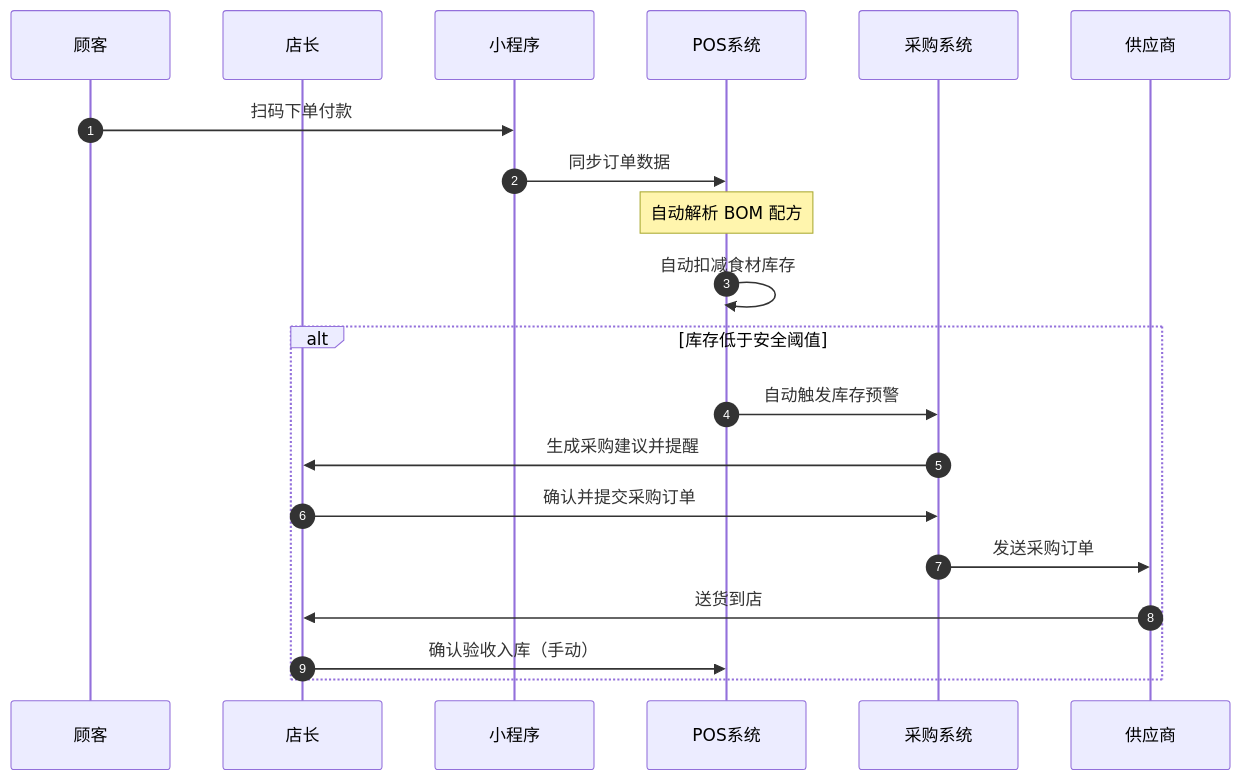
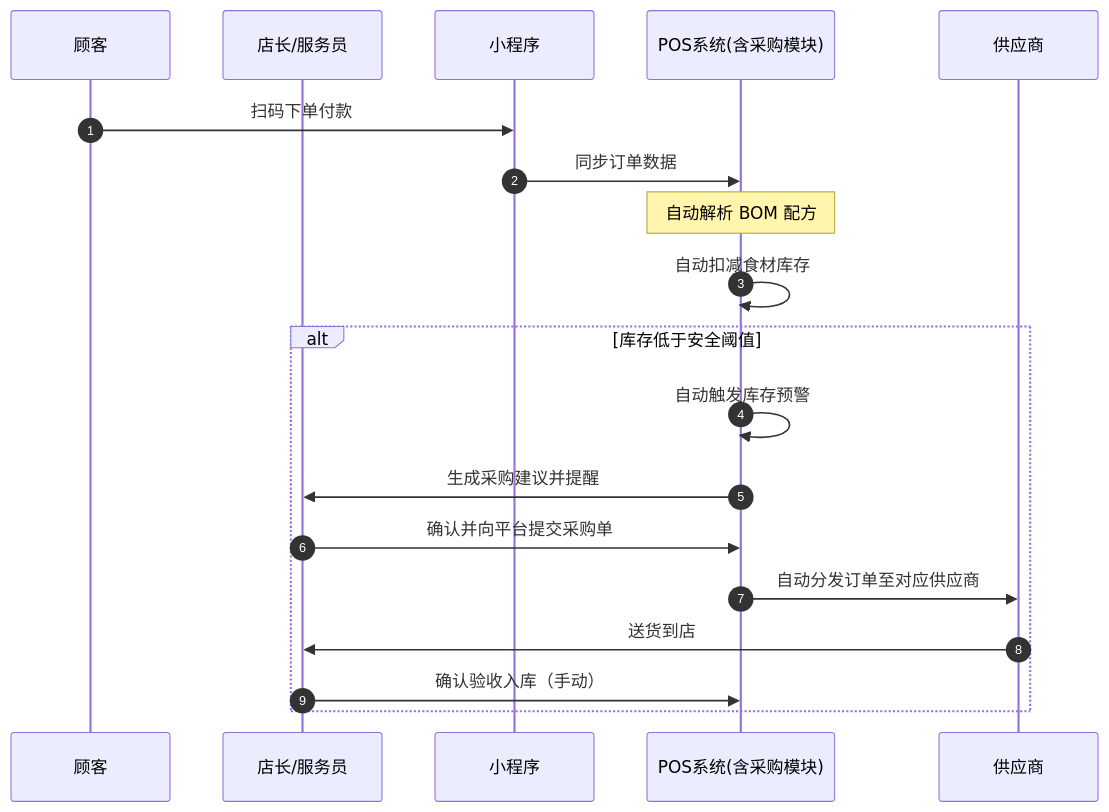
The second of 2 diagrams in docs/功能讲解.md (kingtiger202505/meicai-b2b2c-demo), drawn with Mermaid before and after one commit.

Commit message:
docs: 更新服务流程时序图的角色和交互逻辑
调整了参与者命名，合并店长和服务员角色，将采购系统并入POS系统，同时更新了对应的库存预警、采购流程的交互步骤

````diff
--- a/docs/功能讲解.md
+++ b/docs/功能讲解.md
@@ -280,23 +280,22 @@
 ```mermaid
 sequenceDiagram
     autonumber
     participant C as 顾客
-    participant M as 店长
+    participant M as 店长/服务员
     participant A as 小程序
-    participant P as POS系统
-    participant B as 采购系统
+    participant P as POS系统(含采购模块)
     participant S as 供应商
 
     C->>A: 扫码下单付款
     A->>P: 同步订单数据
     Note over P: 自动解析 BOM 配方
     P->>P: 自动扣减食材库存
     alt 库存低于安全阈值
-        P->>B: 自动触发库存预警
-        B->>M: 生成采购建议并提醒
-        M->>B: 确认并提交采购订单
-        B->>S: 发送采购订单
+        P->>P: 自动触发库存预警
+        P->>M: 生成采购建议并提醒
+        M->>P: 确认并向平台提交采购单
+        P->>S: 自动分发订单至对应供应商
         S->>M: 送货到店
         M->>P: 确认验收入库（手动）
     end
 ```
````
